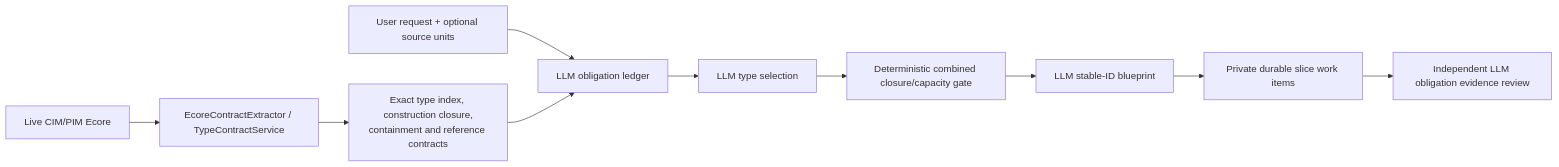
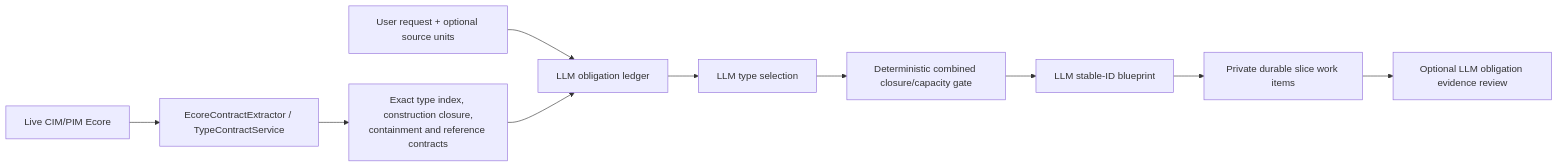
Before and after one commit to mehdieidi/modriss: the first of 2 diagrams in docs/diagrams/16-ai-assistant-rag-and-memory.md, drawn with Mermaid. The commit also changed other lines of this file and 34 other files, not shown here.

````diff
--- a/docs/diagrams/16-ai-assistant-rag-and-memory.md
+++ b/docs/diagrams/16-ai-assistant-rag-and-memory.md
@@ -5,12 +5,12 @@
 ```mermaid
 flowchart LR
     Ecore["Live CIM/PIM Ecore"] --> Extract["EcoreContractExtractor / TypeContractService"]
     Extract --> Index["Exact type index, construction closure,<br/>containment and reference contracts"]
     Request["User request + optional source units"] --> Ledger["LLM obligation ledger"]
     Index --> Ledger
     Ledger --> Select["LLM type selection"]
     Select --> Capacity["Deterministic combined closure/capacity gate"]
     Capacity --> Blueprint["LLM stable-ID blueprint"]
     Blueprint --> WorkItems["Private durable slice work items"]
-    WorkItems --> Review["Independent LLM obligation evidence review"]
+    WorkItems --> Review["Optional LLM obligation evidence review"]
 ```
````
